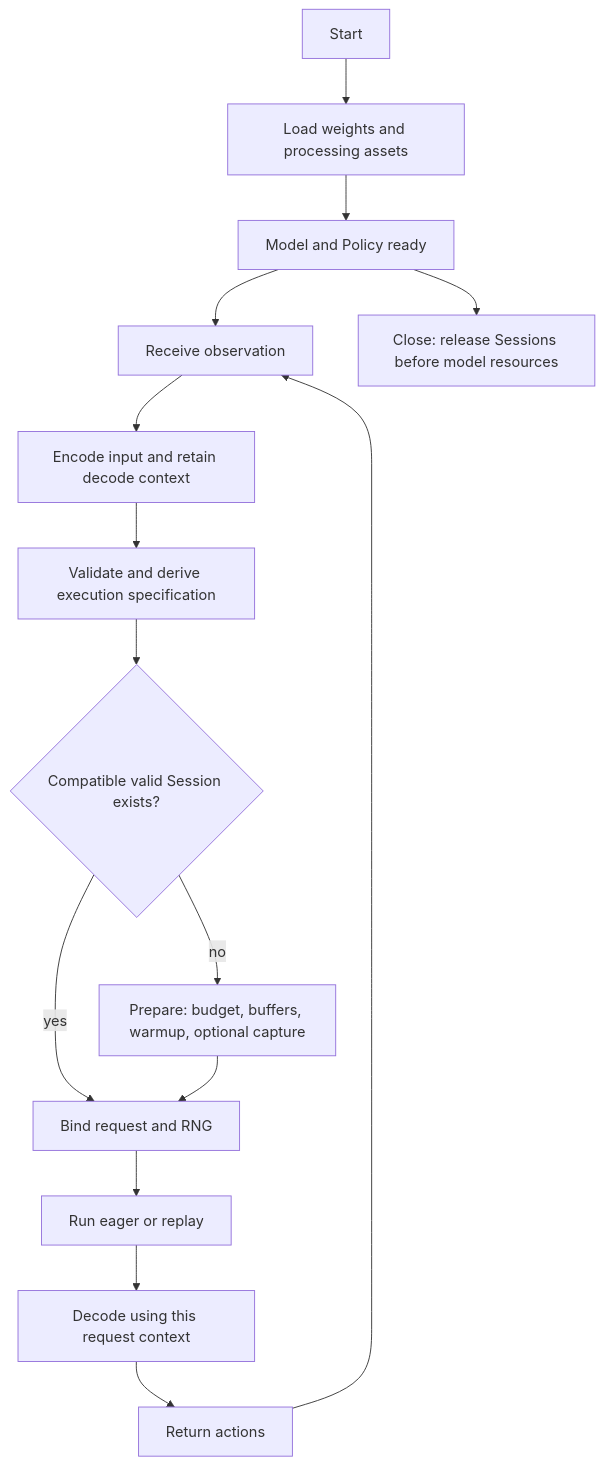
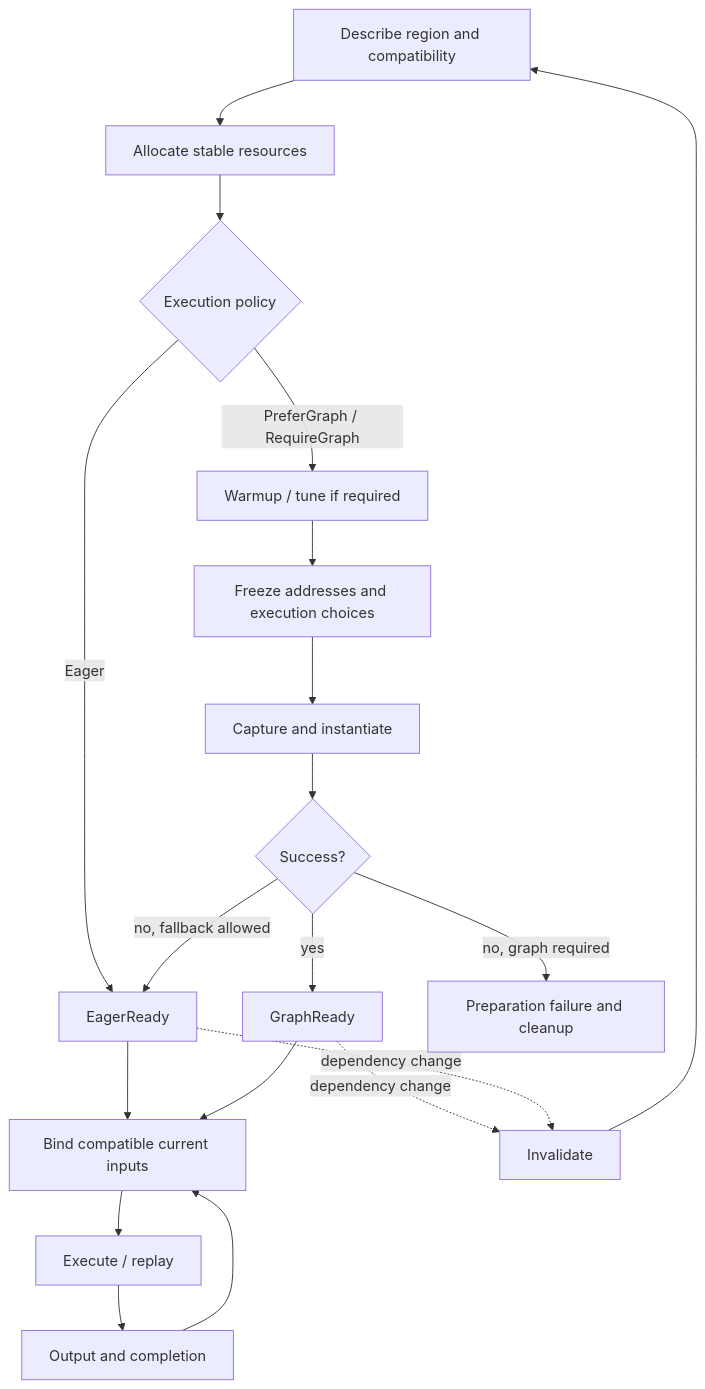
One commit to infinigence/ApxInf changed the third of 4 diagrams in doc/model-lifecycle/lifecycle.md. Above: the diagram before and after it, drawn with Mermaid. The commit also changed other lines of this file and 3 other files, not shown here.

````diff
--- a/doc/model-lifecycle/lifecycle.md
+++ b/doc/model-lifecycle/lifecycle.md
@@ -35,17 +78,21 @@
 ```mermaid
 flowchart TB
-    A[Start] --> L[Load weights and processing assets]
-    L --> M[Model and Policy ready]
-    M --> O[Receive observation]
-    O --> E[Encode input and retain decode context]
-    E --> V[Validate and derive execution specification]
-    V --> Q{Compatible valid Session exists?}
-    Q -->|no| P[Prepare: budget, buffers, warmup, optional capture]
-    Q -->|yes| B[Bind request and RNG]
-    P --> B
-    B --> R[Run eager or replay]
-    R --> D[Decode using this request context]
-    D --> OUT[Return actions]
-    OUT --> O
-    M --> X[Close: release Sessions before model resources]
+    S[Describe region and compatibility] --> A[Allocate stable resources]
+    A --> P{Execution policy}
+    P -->|Eager| ER[EagerReady]
+    P -->|PreferGraph / RequireGraph| W[Warmup / tune if required]
+    W --> F[Freeze addresses and execution choices]
+    F --> C[Capture and instantiate]
+    C --> OK{Success?}
+    OK -->|yes| GR[GraphReady]
+    OK -->|no, fallback allowed| ER
+    OK -->|no, graph required| X[Preparation failure and cleanup]
+    ER --> B[Bind compatible current inputs]
+    GR --> B
+    B --> R[Execute / replay]
+    R --> O[Output and completion]
+    O --> B
+    GR -. dependency change .-> I[Invalidate]
+    ER -. dependency change .-> I
+    I --> S
 ```
````
